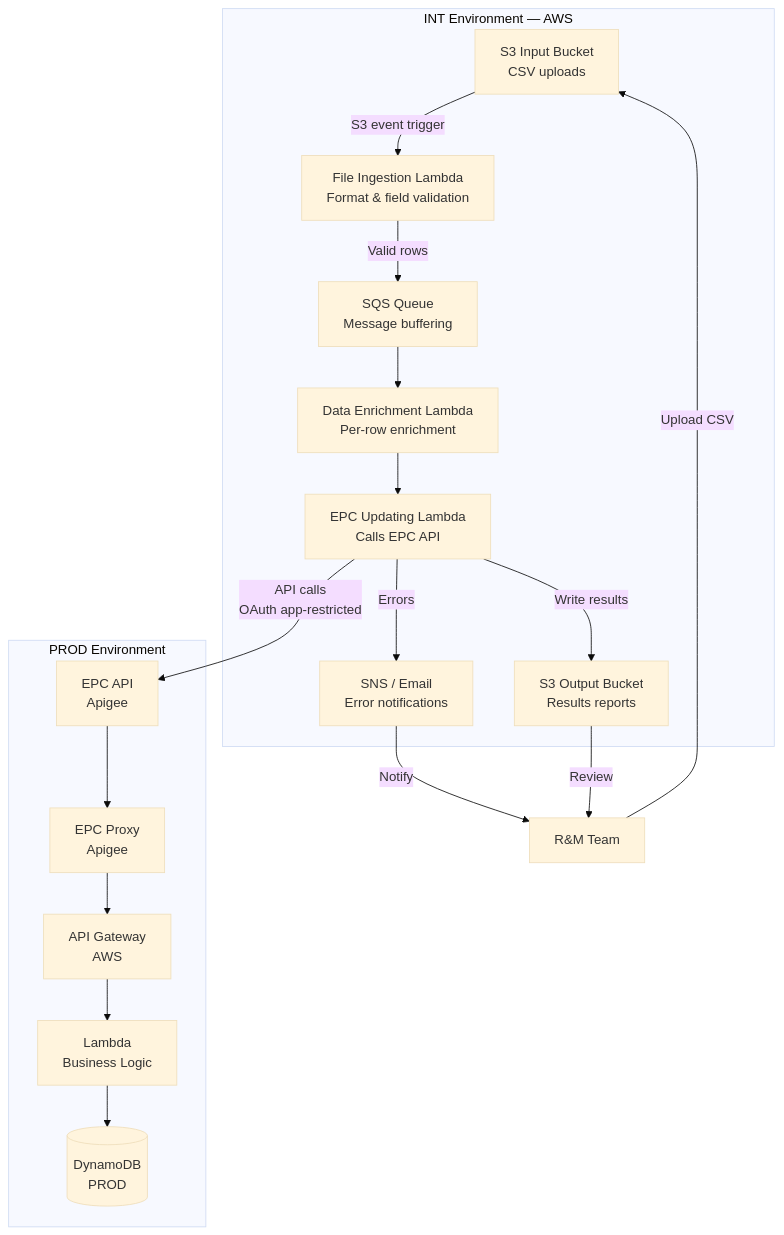
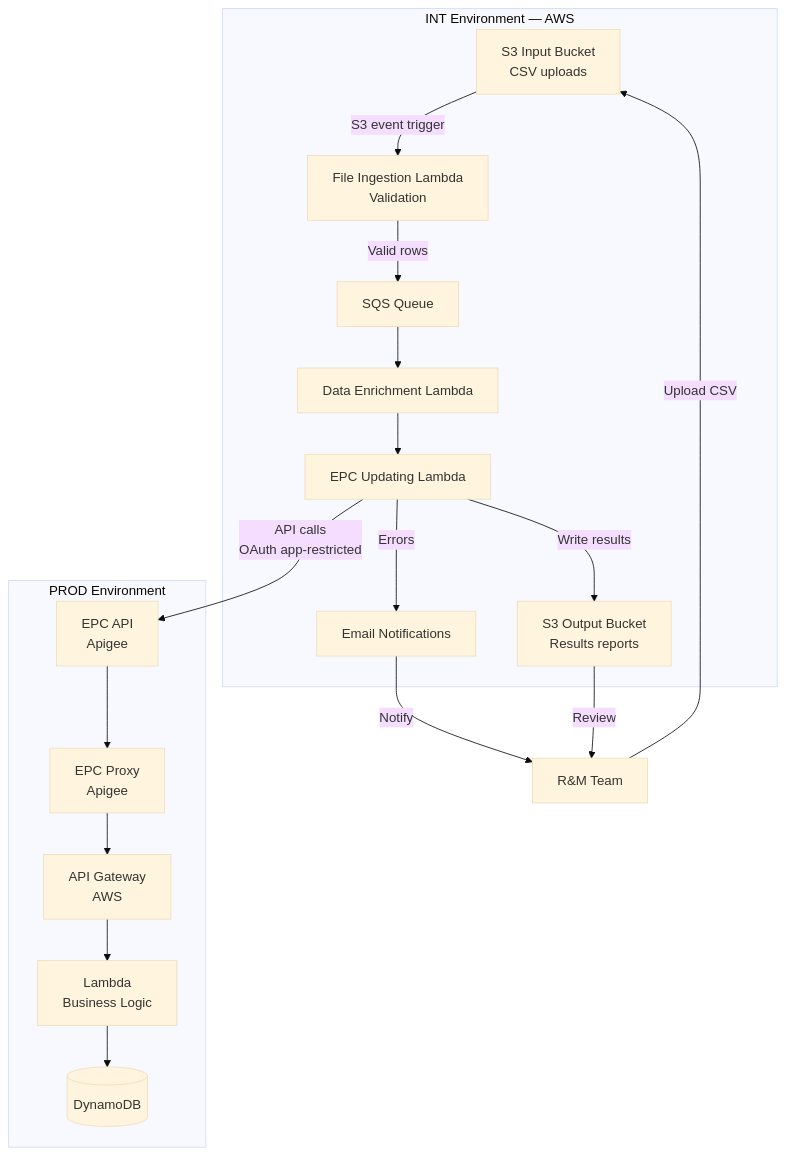
Before and after one commit to RichardWardNHSD/epc-work: the second of 5 diagrams in Documents/architecture.md, drawn with Mermaid (base theme). The commit also changed other lines of this file, not shown here.

````diff
--- a/Documents/architecture.md
+++ b/Documents/architecture.md
@@ -276,36 +226,36 @@
 ```mermaid
 graph TD
     subgraph "INT Environment — AWS"
         S3_IN[S3 Input Bucket<br/>CSV uploads]
         S3_OUT[S3 Output Bucket<br/>Results reports]
-        INGEST[File Ingestion Lambda<br/>Format & field validation]
-        SQS[SQS Queue<br/>Message buffering]
-        ENRICH[Data Enrichment Lambda<br/>Per-row enrichment]
-        UPDATE[EPC Updating Lambda<br/>Calls EPC API]
-        EMAIL[SNS / Email<br/>Error notifications]
+        INGEST[File Ingestion Lambda<br/>Validation]
+        SQS[SQS Queue]
+        ENRICH[Data Enrichment Lambda]
+        UPDATE[EPC Updating Lambda]
+        EMAIL[Email Notifications]
     end
 
     subgraph "PROD Environment"
         EPC_API_P[EPC API<br/>Apigee]
         EPC_PROXY_P[EPC Proxy<br/>Apigee]
         APIGW_P[API Gateway<br/>AWS]
         LAMBDA_P[Lambda<br/>Business Logic]
-        DDB_P[(DynamoDB<br/>PROD)]
+        DDB_P[(DynamoDB)]
     end
 
     RM_TEAM[R&M Team] -->|Upload CSV| S3_IN
     S3_IN -->|S3 event trigger| INGEST
     INGEST -->|Valid rows| SQS
     SQS --> ENRICH
     ENRICH --> UPDATE
     UPDATE -->|API calls<br/>OAuth app-restricted| EPC_API_P
     EPC_API_P --> EPC_PROXY_P
     EPC_PROXY_P --> APIGW_P
     APIGW_P --> LAMBDA_P
     LAMBDA_P --> DDB_P
 
     UPDATE -->|Write results| S3_OUT
     UPDATE -->|Errors| EMAIL
     EMAIL -->|Notify| RM_TEAM
     S3_OUT -->|Review| RM_TEAM
 ```
````
